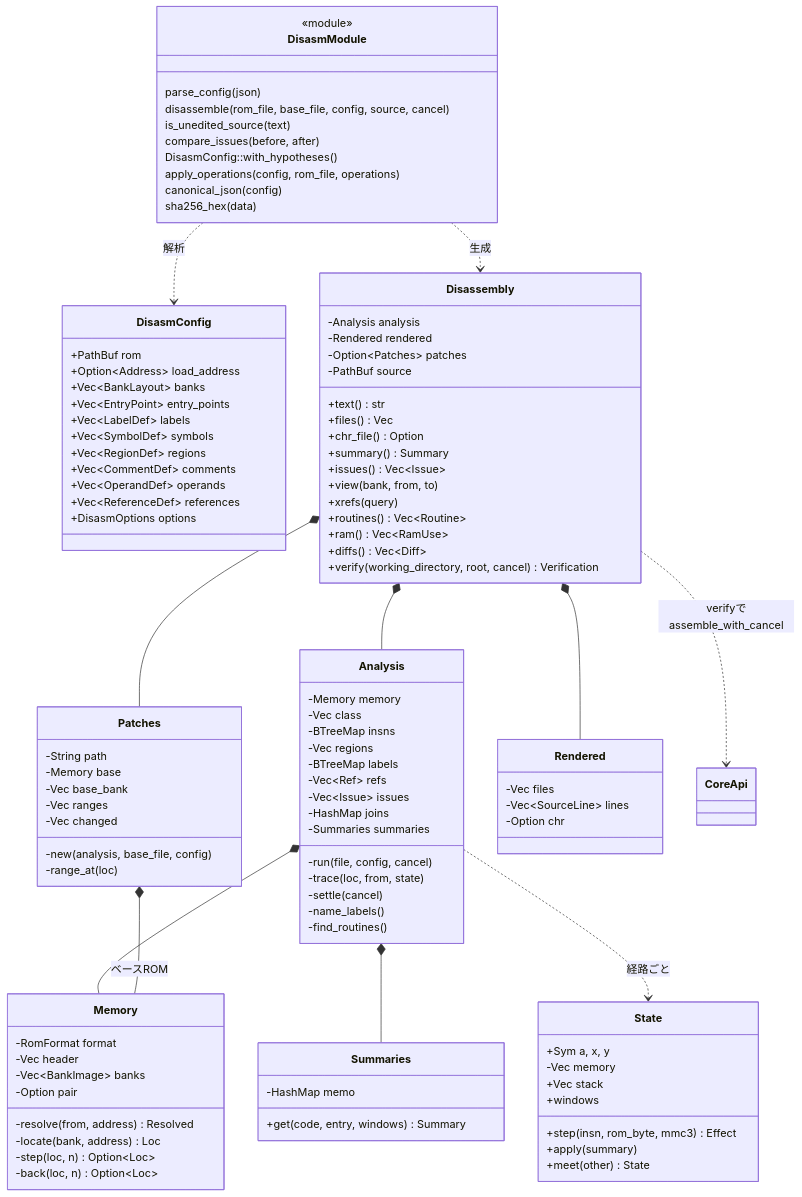
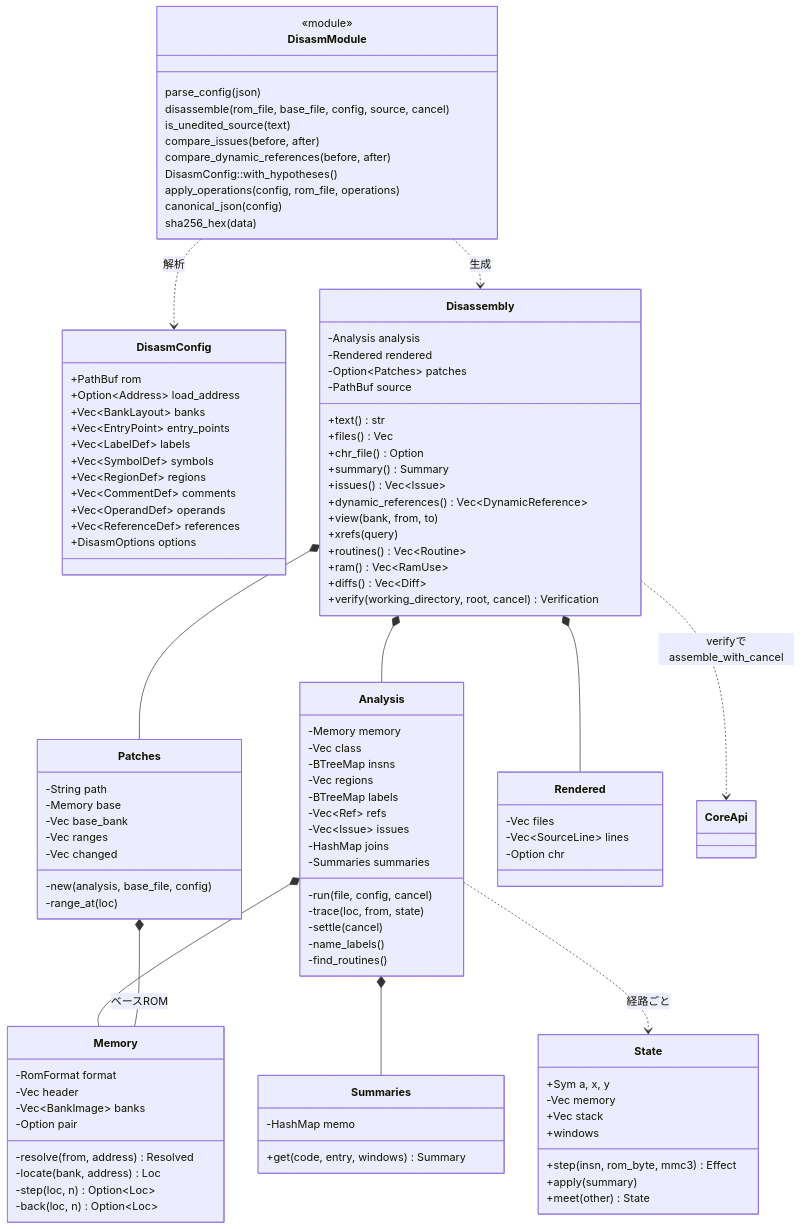
Before and after one commit to rock5easily/NesAsmRs: the seventh of 7 diagrams in docs/rust-uml.md, drawn with Mermaid. The commit also changed 12 other files, not shown here.

First line of the commit message:
Annotate dynamic data references through a switchable window

```diff
--- a/docs/rust-uml.md
+++ b/docs/rust-uml.md
@@ -666,6 +666,7 @@
         +chr_file() Option
         +summary() Summary
         +issues() Vec~Issue~
+        +dynamic_references() Vec~DynamicReference~
         +view(bank, from, to)
         +xrefs(query)
         +routines() Vec~Routine~
@@ -732,6 +733,7 @@
         disassemble(rom_file, base_file, config, source, cancel)
         is_unedited_source(text)
         compare_issues(before, after)
+        compare_dynamic_references(before, after)
         DisasmConfig::with_hypotheses()
         apply_operations(config, rom_file, operations)
         canonical_json(config)
```
